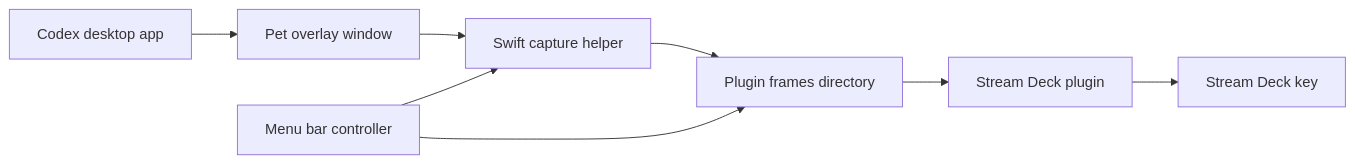
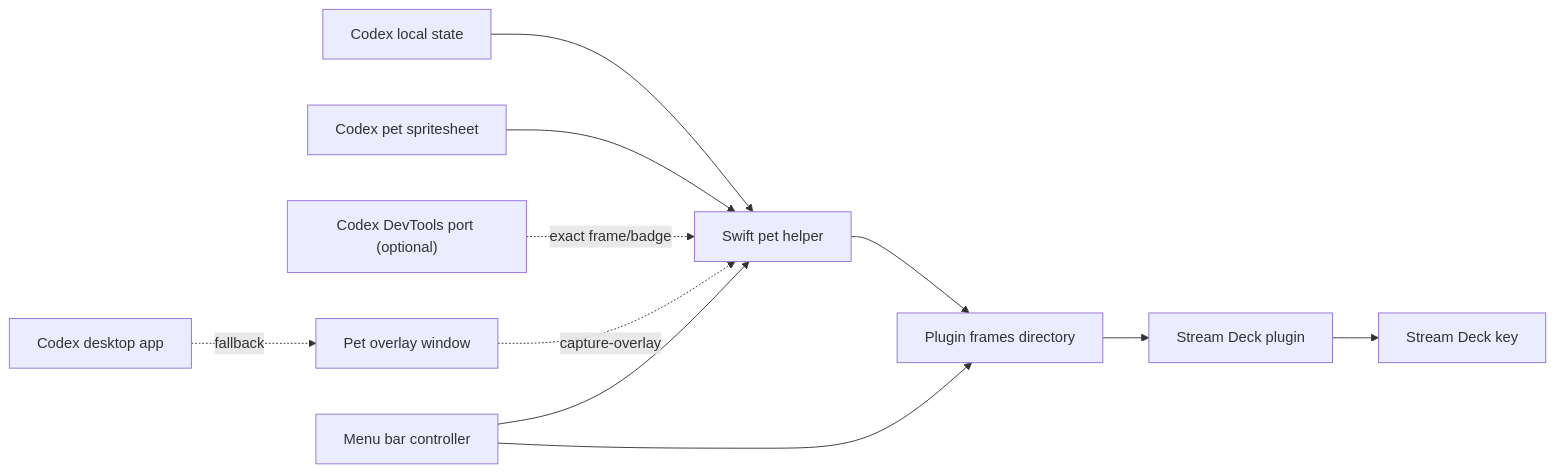
The diagram in docs/public-readiness.md (kousw/codex-pet-streamdeck), drawn with Mermaid before and after one commit. The commit also changed other lines of this file and 24 other files, not shown here.

````diff
--- a/docs/public-readiness.md
+++ b/docs/public-readiness.md
@@ -7,10 +7,13 @@
 ```mermaid
 flowchart LR
-  Codex["Codex desktop app"] --> Overlay["Pet overlay window"]
-  Overlay --> Helper["Swift capture helper"]
+  CodexState["Codex local state"] --> Helper["Swift pet helper"]
+  PetAssets["Codex pet spritesheet"] --> Helper
+  CodexDebug["Codex DevTools port (optional)"] -. exact frame/badge .-> Helper
+  Codex["Codex desktop app"] -. fallback .-> Overlay["Pet overlay window"]
+  Overlay -. capture-overlay .-> Helper
   Helper --> Frames["Plugin frames directory"]
   Frames --> Plugin["Stream Deck plugin"]
   Plugin --> Key["Stream Deck key"]
   Menu["Menu bar controller"] --> Helper
   Menu --> Frames
 ```
````
